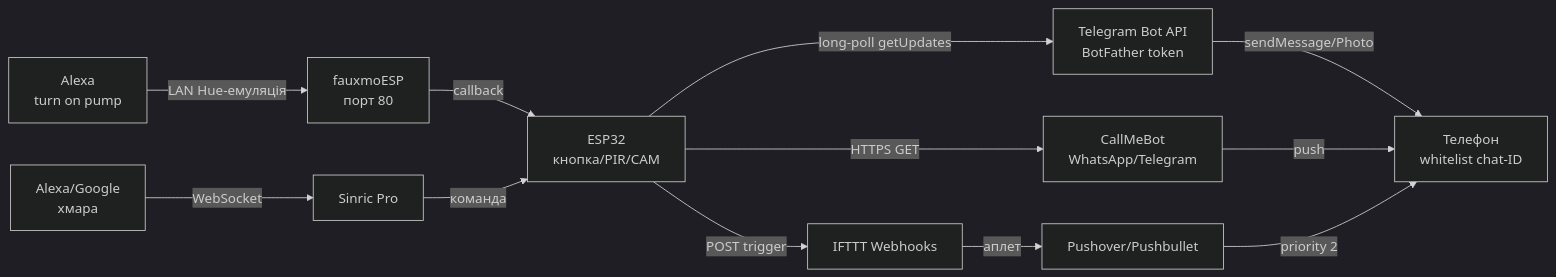
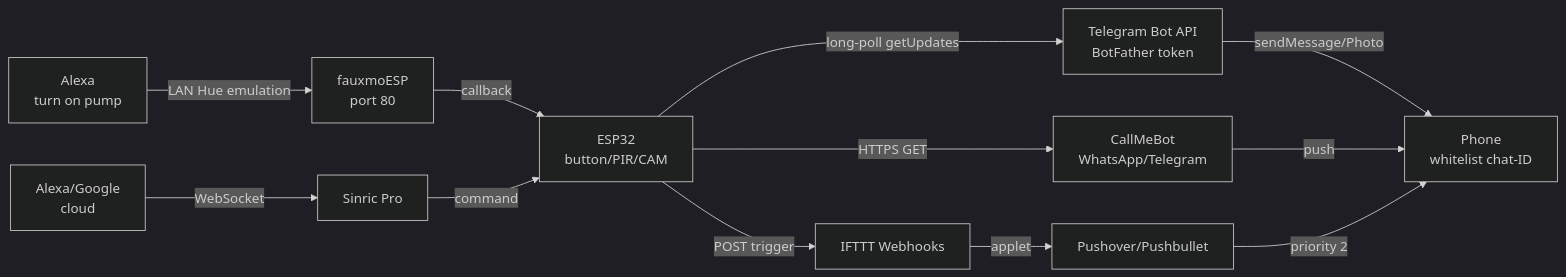
The diagram in obsidian_vault/ESP32-Reference/EN/15-Protocols/02-Notify-Voice.en.md (ksalab/embedded-reference), drawn with Mermaid (dark theme) before and after one commit. The commit also changed other lines of this file and 76 other files, not shown here.

````diff
--- a/obsidian_vault/ESP32-Reference/EN/15-Protocols/02-Notify-Voice.en.md
+++ b/obsidian_vault/ESP32-Reference/EN/15-Protocols/02-Notify-Voice.en.md
@@ -79,14 +79,14 @@
 ```mermaid
 graph LR
-    E[ESP32<br/>кнопка/PIR/CAM] -->|long-poll getUpdates| TG[Telegram Bot API<br/>BotFather token]
-    TG -->|sendMessage/Photo| PHONE[Телефон<br/>whitelist chat-ID]
+    E[ESP32<br/>button/PIR/CAM] -->|long-poll getUpdates| TG[Telegram Bot API<br/>BotFather token]
+    TG -->|sendMessage/Photo| PHONE[Phone<br/>whitelist chat-ID]
     E -->|HTTPS GET| CMB[CallMeBot<br/>WhatsApp/Telegram]
     CMB -->|push| PHONE
     E -->|POST trigger| IFTTT[IFTTT Webhooks]
-    IFTTT -->|аплет| PO[Pushover/Pushbullet]
+    IFTTT -->|applet| PO[Pushover/Pushbullet]
     PO -->|priority 2| PHONE
-    ALEXA[Alexa<br/>turn on pump] -->|LAN Hue-емуляція| F[fauxmoESP<br/>порт 80]
+    ALEXA[Alexa<br/>turn on pump] -->|LAN Hue emulation| F[fauxmoESP<br/>port 80]
     F -->|callback| E
-    ALEXA2[Alexa/Google<br/>хмара] -->|WebSocket| SIN[Sinric Pro]
-    SIN -->|команда| E
+    ALEXA2[Alexa/Google<br/>cloud] -->|WebSocket| SIN[Sinric Pro]
+    SIN -->|command| E
 ```
````
